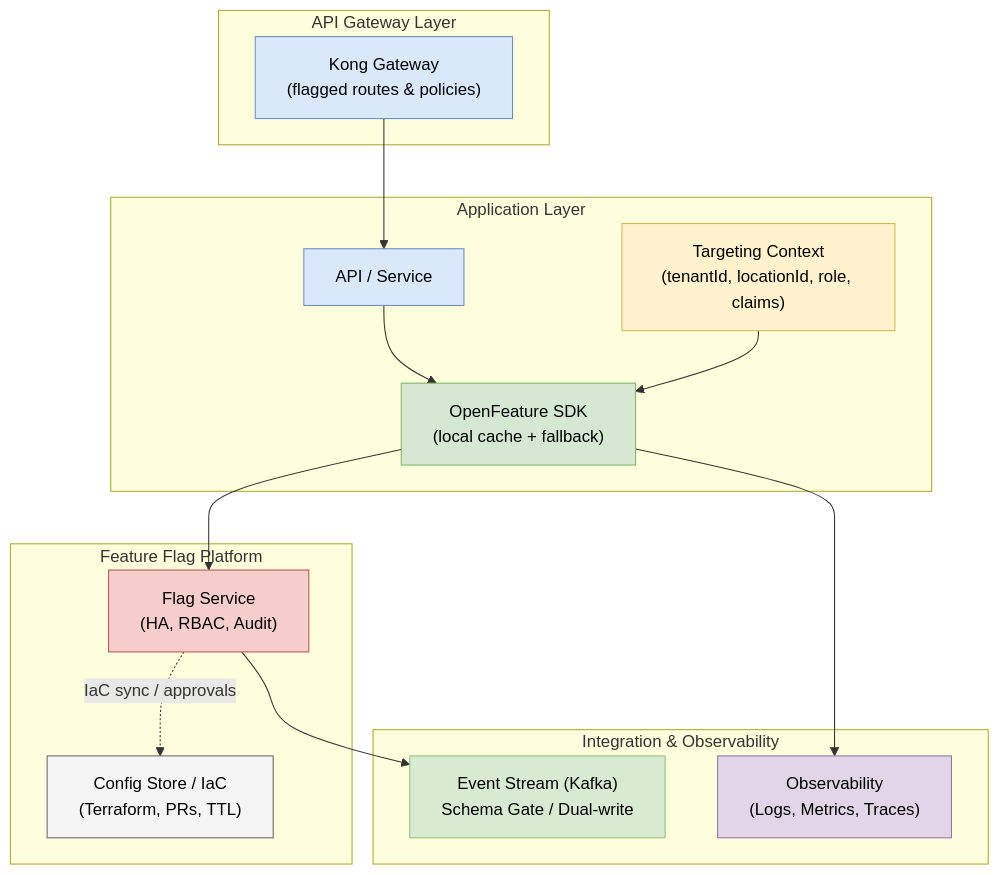
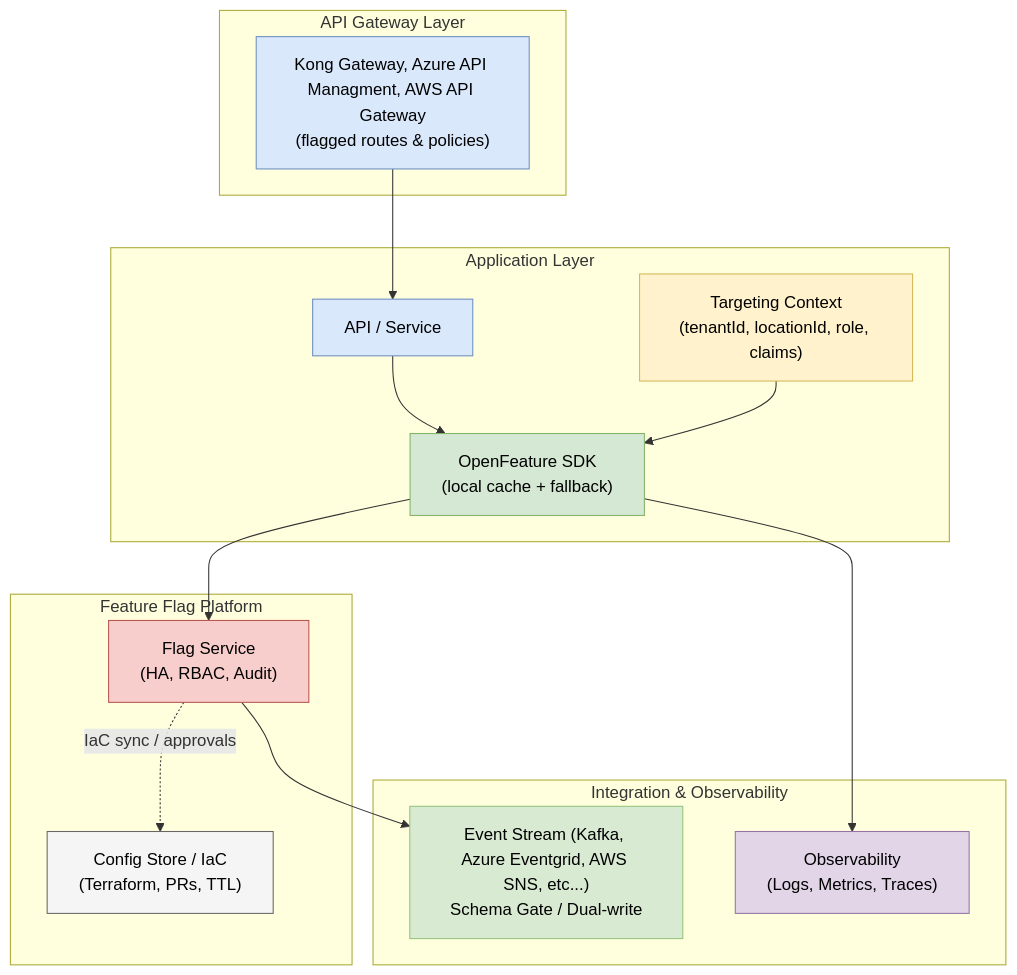
One commit to shawnewallace/shawnewallace.github.com changed the diagram in _posts/2025-11-05-feature-flags-in-enterprise-applications.md. Above: the diagram before and after it, drawn with Mermaid. The commit also changed 2 other files, not shown here.

Commit message:
Save workspace changes: update mermaid orientation, adjust layouts, and other edits

````diff
--- a/_posts/2025-11-05-feature-flags-in-enterprise-applications.md
+++ b/_posts/2025-11-05-feature-flags-in-enterprise-applications.md
@@ -85,45 +85,45 @@
 ```mermaid
 flowchart TB
     subgraph Edge["API Gateway Layer"]
-        KONG["Kong Gateway<br/>(flagged routes & policies)"]
+        APIGW["Kong Gateway, Azure API Managment, AWS API Gateway<br/>(flagged routes & policies)"]
     end
 
     subgraph App["Application Layer"]
         API["API / Service"]
         CTX["Targeting Context<br/>(tenantId, locationId, role, claims)"]
         SDK["OpenFeature SDK<br/>(local cache + fallback)"]
     end
 
     subgraph FlagSvc["Feature Flag Platform"]
         SVC["Flag Service<br/>(HA, RBAC, Audit)"]
         CFG["Config Store / IaC<br/>(Terraform, PRs, TTL)"]
     end
 
     subgraph Integration["Integration & Observability"]
         OBS["Observability<br/>(Logs, Metrics, Traces)"]
-        EDA["Event Stream (Kafka)<br/>Schema Gate / Dual-write"]
+        EDA["Event Stream (Kafka, Azure Eventgrid, AWS SNS, etc...)<br/>Schema Gate / Dual-write"]
     end
 
-    KONG --> API
+    APIGW --> API
     API --> SDK
     CTX --> SDK
     SDK --> SVC
     SVC -. "IaC sync / approvals" .-> CFG
     SDK --> OBS
     SVC --> EDA
 
     classDef blue fill:#dae8fc,stroke:#6c8ebf,color:#000;
     classDef green fill:#d5e8d4,stroke:#82b366,color:#000;
     classDef yellow fill:#fff2cc,stroke:#d6b656,color:#000;
     classDef red fill:#f8cecc,stroke:#b85450,color:#000;
     classDef gray fill:#f5f5f5,stroke:#666,color:#000;
     classDef purple fill:#e1d5e7,stroke:#9673a6,color:#000;
     classDef lightgreen fill:#d9ead3,stroke:#93c47d,color:#000;
-    class KONG,API blue
+    class APIGW,API blue
     class SDK green
     class CTX yellow
     class SVC red
     class CFG gray
     class OBS purple
     class EDA lightgreen
 ```
````
